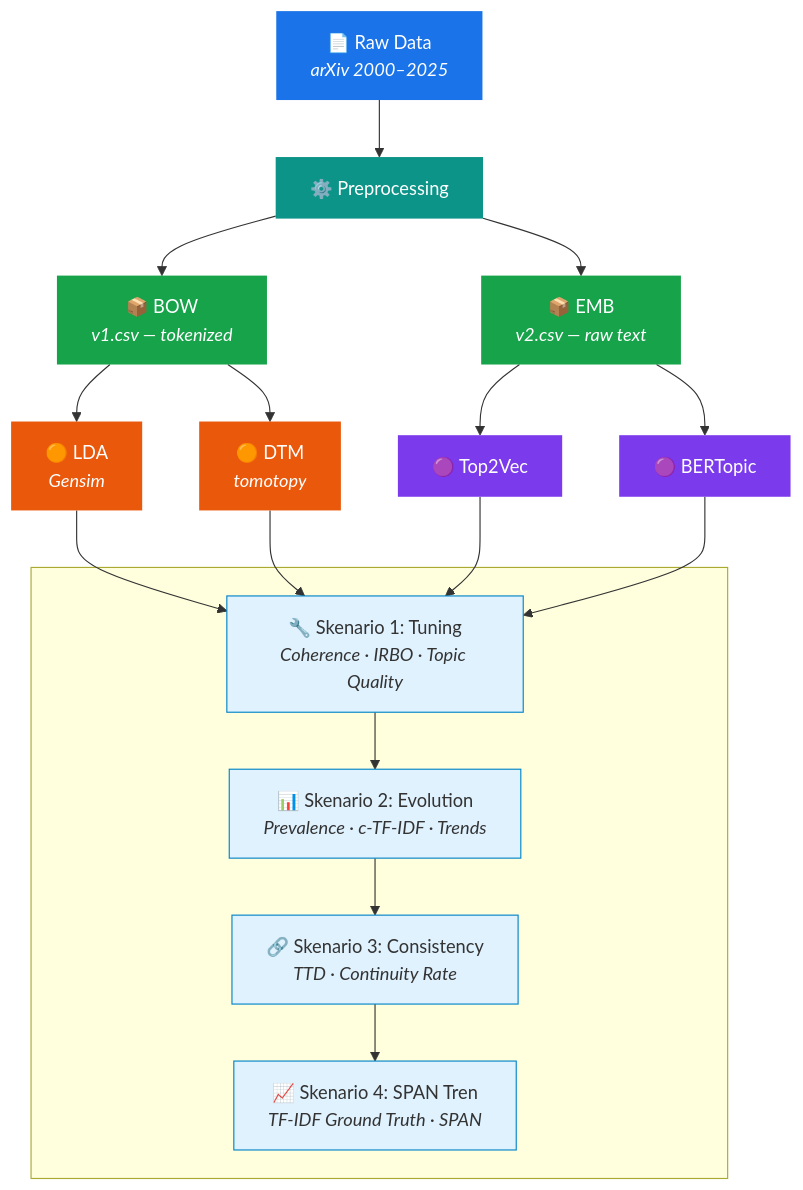
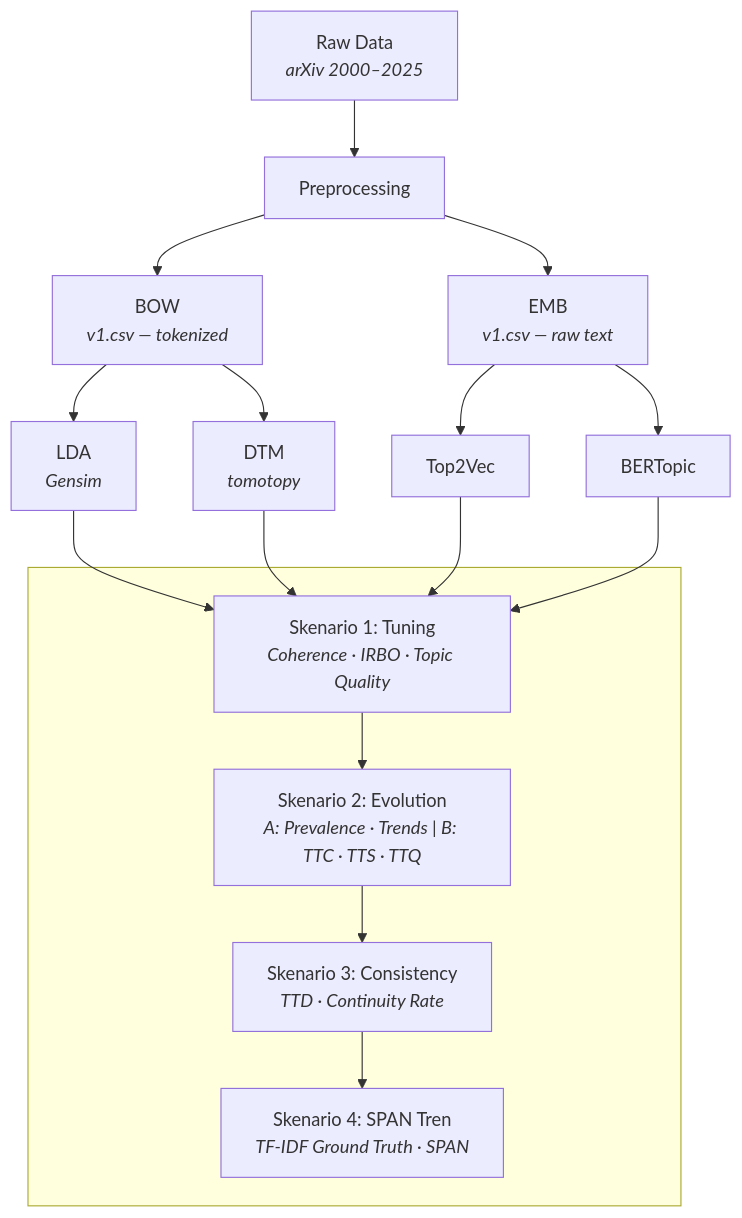
The diagram in README.md (unedtamps/my-thesis), drawn with Mermaid before and after one commit. The commit also changed other lines of this file and 20 other files, not shown here.

````diff
--- a/README.md
+++ b/README.md
@@ -7,34 +7,21 @@
 ```mermaid
 graph TD
-    A["📄 Raw Data<br/><i>arXiv 2000–2025</i>"] --> B["⚙️ Preprocessing"]
+    A["Raw Data<br/><i>arXiv 2000–2025</i>"] --> B["Preprocessing"]
 
-    B --> C["📦 BOW<br/><i>v1.csv — tokenized</i>"]
-    B --> D["📦 EMB<br/><i>v2.csv — raw text</i>"]
+    B --> C["BOW<br/><i>v1.csv — tokenized</i>"]
+    B --> D["EMB<br/><i>v1.csv — raw text</i>"]
 
-    C --> E["🟠 LDA<br/><i>Gensim</i>"]
-    C --> F["🟠 DTM<br/><i>tomotopy</i>"]
-    D --> G["🟣 Top2Vec"]
-    D --> H["🟣 BERTopic"]
+    C --> E["LDA<br/><i>Gensim</i>"]
+    C --> F["DTM<br/><i>tomotopy</i>"]
+    D --> G["Top2Vec"]
+    D --> H["BERTopic"]
 
     E & F & G & H --> S1
 
     subgraph Scenarios [" "]
-        S1["🔧 Skenario 1: Tuning<br/><i>Coherence · IRBO · Topic Quality</i>"]
-        S1 --> S2["📊 Skenario 2: Evolution<br/><i>Prevalence · c-TF-IDF · Trends</i>"]
-        S2 --> S3["🔗 Skenario 3: Consistency<br/><i>TTD · Continuity Rate</i>"]
-        S3 --> S4["📈 Skenario 4: SPAN Tren<br/><i>TF-IDF Ground Truth · SPAN</i>"]
+        S1["Skenario 1: Tuning<br/><i>Coherence · IRBO · Topic Quality</i>"]
+        S1 --> S2["Skenario 2: Evolution<br/><i>A: Prevalence · Trends | B: TTC · TTS · TTQ</i>"]
+        S2 --> S3["Skenario 3: Consistency<br/><i>TTD · Continuity Rate</i>"]
+        S3 --> S4["Skenario 4: SPAN Tren<br/><i>TF-IDF Ground Truth · SPAN</i>"]
     end
-
-    style A fill:#1a73e8,color:#fff,stroke:none
-    style B fill:#0d9488,color:#fff,stroke:none
-    style C fill:#16a34a,color:#fff,stroke:none
-    style D fill:#16a34a,color:#fff,stroke:none
-    style E fill:#ea580c,color:#fff,stroke:none
-    style F fill:#ea580c,color:#fff,stroke:none
-    style G fill:#7c3aed,color:#fff,stroke:none
-    style H fill:#7c3aed,color:#fff,stroke:none
-    style S1 fill:#e0f2fe,stroke:#0284c7
-    style S2 fill:#e0f2fe,stroke:#0284c7
-    style S3 fill:#e0f2fe,stroke:#0284c7
-    style S4 fill:#e0f2fe,stroke:#0284c7
 ```
````
